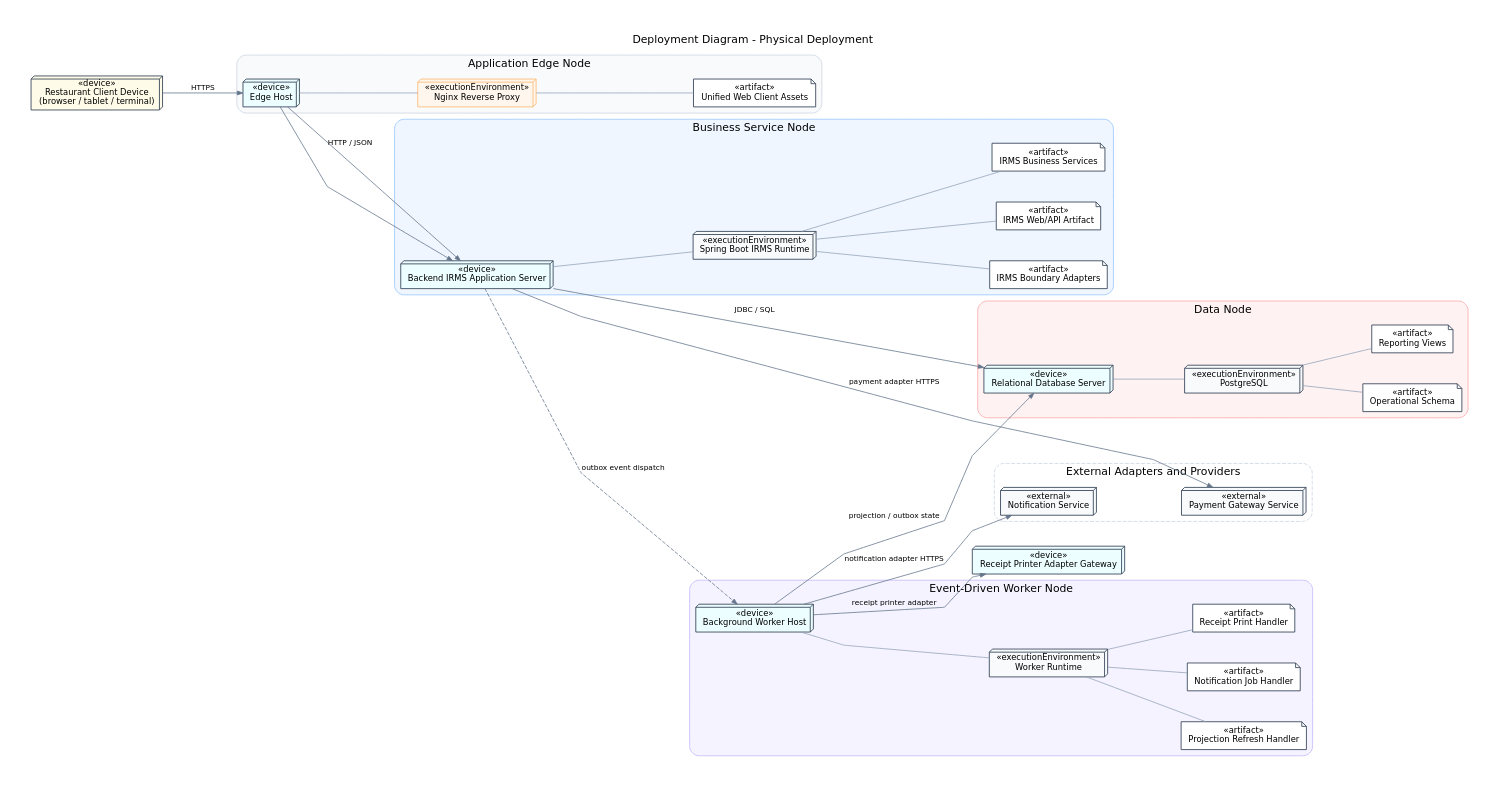
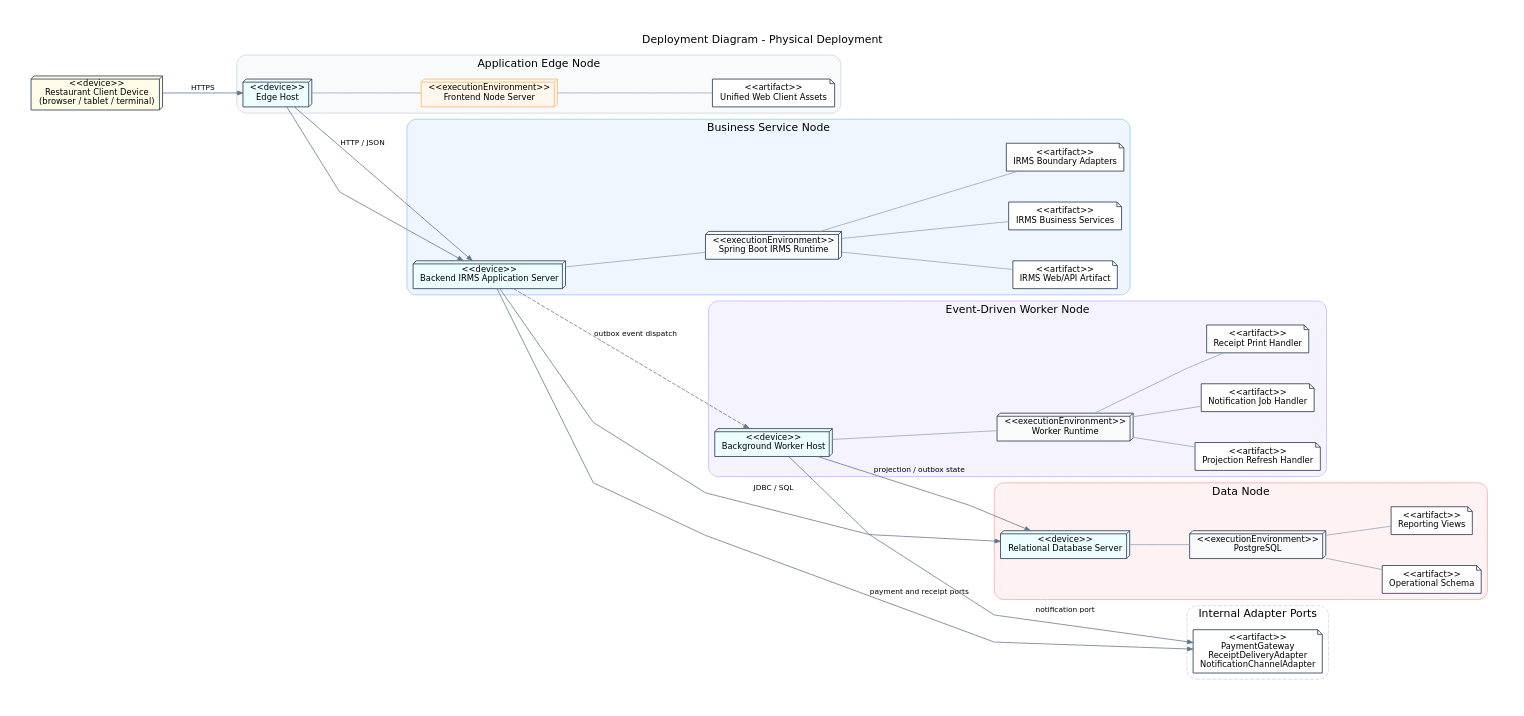
Before and after one commit to lehoangluan1/SA_IRMS: the diagram in assets/diagrams/source/architecture/15_deployment_diagram_physical_deployment.dot, drawn with Graphviz. The commit also changed 3969 other files, not shown here.

```diff
--- a/assets/diagrams/source/architecture/15_deployment_diagram_physical_deployment.dot
+++ b/assets/diagrams/source/architecture/15_deployment_diagram_physical_deployment.dot
@@ -1,124 +1,120 @@
 digraph G {
   graph [
     rankdir=LR,
     compound=true,
     newrank=true,
     bgcolor="white",
     pad=0.45,
     nodesep=0.55,
     ranksep=1.0,
     splines=polyline,
     fontname="DejaVu Sans",
     labelloc="t",
     label="Deployment Diagram - Physical Deployment"
   ];
 
   node [fontname="DejaVu Sans", fontsize=10.8, color="#334155", penwidth=1.1, style="filled"];
   edge [fontname="DejaVu Sans", fontsize=9.6, color="#64748B", penwidth=1.0, arrowsize=0.72];
 
-  browser [shape=box3d, fillcolor="#FEFCE8", label="«device»
+  browser [shape=box3d, fillcolor="#FEFCE8", label="<<device>>
 Restaurant Client Device
 (browser / tablet / terminal)"];
 
   subgraph cluster_edge {
     label="Application Edge Node";
     color="#CBD5E1";
     style="rounded,filled";
     fillcolor="#F8FAFC";
-    edgehost [shape=box3d, fillcolor="#ECFEFF", label="«device»
+    edgehost [shape=box3d, fillcolor="#ECFEFF", label="<<device>>
 Edge Host"];
-    nginx [shape=box3d, fillcolor="#FFF7ED", color="#FDBA74", label="«executionEnvironment»
-Nginx Reverse Proxy"];
-    ui    [shape=note, fillcolor="#FFFFFF", label="«artifact»
+    frontend_node [shape=box3d, fillcolor="#FFF7ED", color="#FDBA74", label="<<executionEnvironment>>
+Frontend Node Server"];
+    ui    [shape=note, fillcolor="#FFFFFF", label="<<artifact>>
 Unified Web Client Assets"];
-    edgehost -> nginx [arrowhead=none, color="#94A3B8"];
-    nginx -> ui [arrowhead=none, color="#94A3B8"];
+    edgehost -> frontend_node [arrowhead=none, color="#94A3B8"];
+    frontend_node -> ui [arrowhead=none, color="#94A3B8"];
   }
 
   subgraph cluster_appserver {
     label="Business Service Node";
     color="#93C5FD";
     style="rounded,filled";
     fillcolor="#EFF6FF";
-    apphost [shape=box3d, fillcolor="#ECFEFF", label="«device»
+    apphost [shape=box3d, fillcolor="#ECFEFF", label="<<device>>
 Backend IRMS Application Server"];
-    apprt [shape=box3d, fillcolor="#F8FAFC", label="«executionEnvironment»
+    apprt [shape=box3d, fillcolor="#F8FAFC", label="<<executionEnvironment>>
 Spring Boot IRMS Runtime"];
-    api   [shape=note, fillcolor="#FFFFFF", label="«artifact»
+    api   [shape=note, fillcolor="#FFFFFF", label="<<artifact>>
 IRMS Web/API Artifact"];
-    core  [shape=note, fillcolor="#FFFFFF", label="«artifact»
+    core  [shape=note, fillcolor="#FFFFFF", label="<<artifact>>
 IRMS Business Services"];
-    adapt [shape=note, fillcolor="#FFFFFF", label="«artifact»
+    adapt [shape=note, fillcolor="#FFFFFF", label="<<artifact>>
 IRMS Boundary Adapters"];
     apphost -> apprt [arrowhead=none, color="#94A3B8"];
     apprt -> api [arrowhead=none, color="#94A3B8"];
     apprt -> core [arrowhead=none, color="#94A3B8"];
     apprt -> adapt [arrowhead=none, color="#94A3B8"];
   }
 
   subgraph cluster_worker {
     label="Event-Driven Worker Node";
     color="#C4B5FD";
     style="rounded,filled";
     fillcolor="#F5F3FF";
-    workerh [shape=box3d, fillcolor="#ECFEFF", label="«device»
+    workerh [shape=box3d, fillcolor="#ECFEFF", label="<<device>>
 Background Worker Host"];
-    workrt [shape=box3d, fillcolor="#F8FAFC", label="«executionEnvironment»
+    workrt [shape=box3d, fillcolor="#F8FAFC", label="<<executionEnvironment>>
 Worker Runtime"];
-    jobs1  [shape=note, fillcolor="#FFFFFF", label="«artifact»
+    jobs1  [shape=note, fillcolor="#FFFFFF", label="<<artifact>>
 Notification Job Handler"];
-    jobs2  [shape=note, fillcolor="#FFFFFF", label="«artifact»
+    jobs2  [shape=note, fillcolor="#FFFFFF", label="<<artifact>>
 Receipt Print Handler"];
-    jobs3  [shape=note, fillcolor="#FFFFFF", label="«artifact»
+    jobs3  [shape=note, fillcolor="#FFFFFF", label="<<artifact>>
 Projection Refresh Handler"];
     workerh -> workrt [arrowhead=none, color="#94A3B8"];
     workrt -> jobs1 [arrowhead=none, color="#94A3B8"];
     workrt -> jobs2 [arrowhead=none, color="#94A3B8"];
     workrt -> jobs3 [arrowhead=none, color="#94A3B8"];
   }
 
   subgraph cluster_db {
     label="Data Node";
     color="#FCA5A5";
     style="rounded,filled";
     fillcolor="#FEF2F2";
-    dbhost [shape=box3d, fillcolor="#ECFEFF", label="«device»
+    dbhost [shape=box3d, fillcolor="#ECFEFF", label="<<device>>
 Relational Database Server"];
-    pg [shape=box3d, fillcolor="#F8FAFC", label="«executionEnvironment»
+    pg [shape=box3d, fillcolor="#F8FAFC", label="<<executionEnvironment>>
 PostgreSQL"];
-    schema1 [shape=note, fillcolor="#FFFFFF", label="«artifact»
+    schema1 [shape=note, fillcolor="#FFFFFF", label="<<artifact>>
 Operational Schema"];
-    schema2 [shape=note, fillcolor="#FFFFFF", label="«artifact»
+    schema2 [shape=note, fillcolor="#FFFFFF", label="<<artifact>>
 Reporting Views"];
     dbhost -> pg [arrowhead=none, color="#94A3B8"];
     pg -> schema1 [arrowhead=none, color="#94A3B8"];
     pg -> schema2 [arrowhead=none, color="#94A3B8"];
   }
 
-  printer [shape=box3d, fillcolor="#ECFEFF", label="«device»
-Receipt Printer Adapter Gateway"];
-
   subgraph cluster_external {
-    label="External Adapters and Providers";
+    label="Internal Adapter Ports";
     color="#CBD5E1";
     style="rounded,dashed";
-    pay [shape=box3d, fillcolor="#F8FAFC", label="«external»
-Payment Gateway Service"];
-    ns  [shape=box3d, fillcolor="#F8FAFC", label="«external»
-Notification Service"];
+    adapters [shape=note, fillcolor="#FFFFFF", label="<<artifact>>
+PaymentGateway
+ReceiptDeliveryAdapter
+NotificationChannelAdapter"];
   }
 
   browser -> edgehost [label="HTTPS"];
   edgehost -> apphost [label="HTTP / JSON"];
   apphost -> dbhost [label="JDBC / SQL"];
   apphost -> workerh [style=dashed, label="outbox event dispatch"];
   workerh -> dbhost [label="projection / outbox state"];
-  apphost -> pay [label="payment adapter HTTPS"];
-  workerh -> ns [label="notification adapter HTTPS"];
-  workerh -> printer [label="receipt printer adapter"];
+  apphost -> adapters [label="payment and receipt ports"];
+  workerh -> adapters [label="notification port"];
 
   edgehost -> apphost [weight=8];
   apphost -> workerh [style=invis, weight=8];
   workerh -> dbhost [style=invis, weight=8];
-  dbhost -> pay [style=invis, weight=8];
+  dbhost -> adapters [style=invis, weight=8];
 }
```
